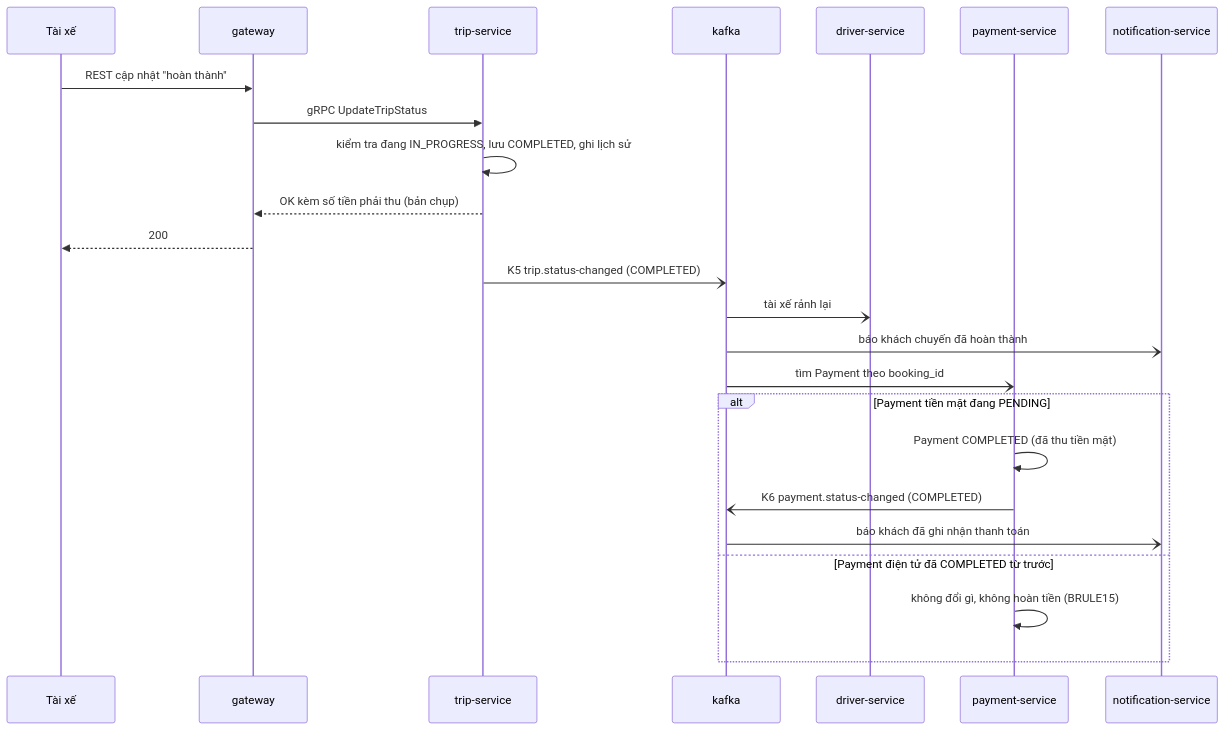
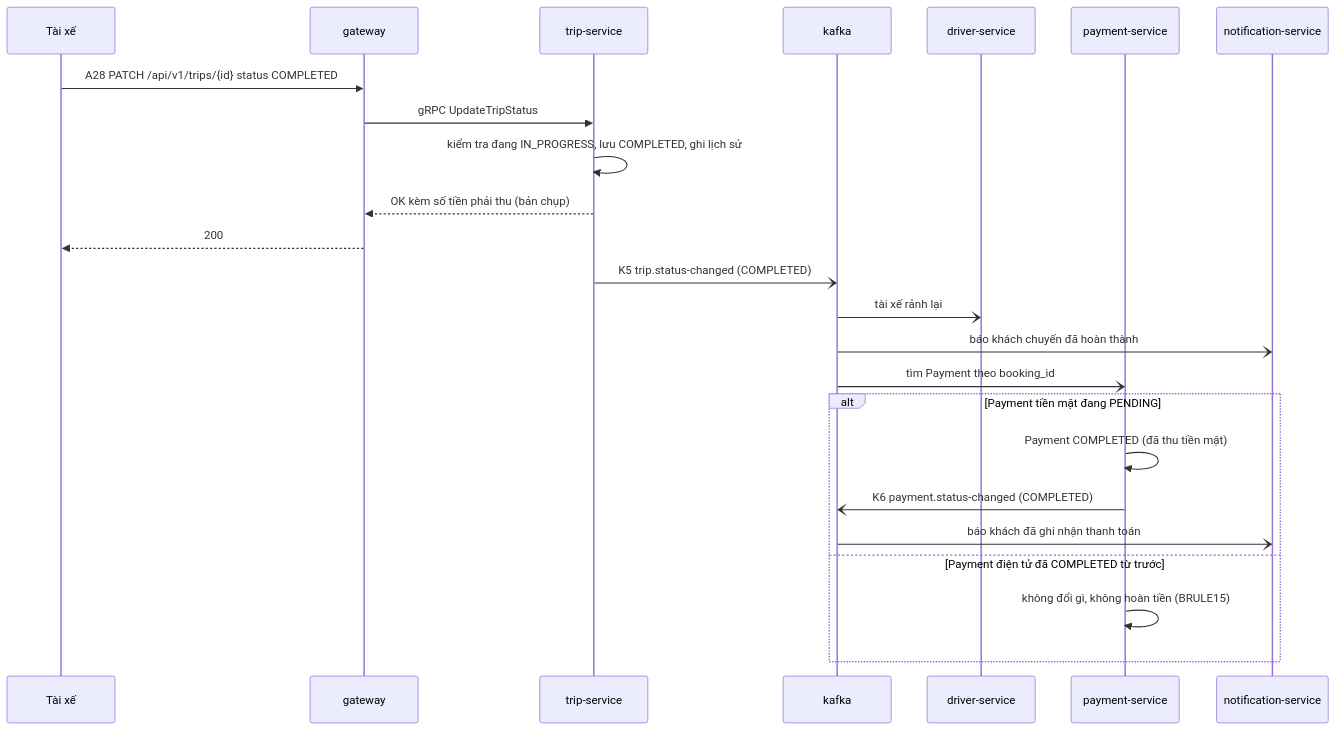
Before and after one commit to nghuuduc21/23699411_NguyenHuuDuc_CabSystem: the sixth of 7 diagrams in docs/design/02-kien-truc-giao-tiep.md, drawn with Mermaid. The commit also changed other lines of this file and 13 other files, not shown here.

First line of the commit message:
docs: redesign API paths to /api/v1 resources with PATCH status changes

````diff
--- a/docs/design/02-kien-truc-giao-tiep.md
+++ b/docs/design/02-kien-truc-giao-tiep.md
@@ -586,27 +587,27 @@
 ```mermaid
 sequenceDiagram
   participant TX as Tài xế
   participant GW as gateway
   participant T as trip-service
   participant K as kafka
   participant DR as driver-service
   participant P as payment-service
   participant N as notification-service
 
-  TX->>GW: REST cập nhật "hoàn thành"
+  TX->>GW: A28 PATCH /api/v1/trips/{id} status COMPLETED
   GW->>T: gRPC UpdateTripStatus
   T->>T: kiểm tra đang IN_PROGRESS, lưu COMPLETED, ghi lịch sử
   T-->>GW: OK kèm số tiền phải thu (bản chụp)
   GW-->>TX: 200
   T-)K: K5 trip.status-changed (COMPLETED)
   K-)DR: tài xế rảnh lại
   K-)N: báo khách chuyến đã hoàn thành
   K-)P: tìm Payment theo booking_id
   alt Payment tiền mặt đang PENDING
     P->>P: Payment COMPLETED (đã thu tiền mặt)
     P-)K: K6 payment.status-changed (COMPLETED)
     K-)N: báo khách đã ghi nhận thanh toán
   else Payment điện tử đã COMPLETED từ trước
     P->>P: không đổi gì, không hoàn tiền (BRULE15)
   end
 ```
````
